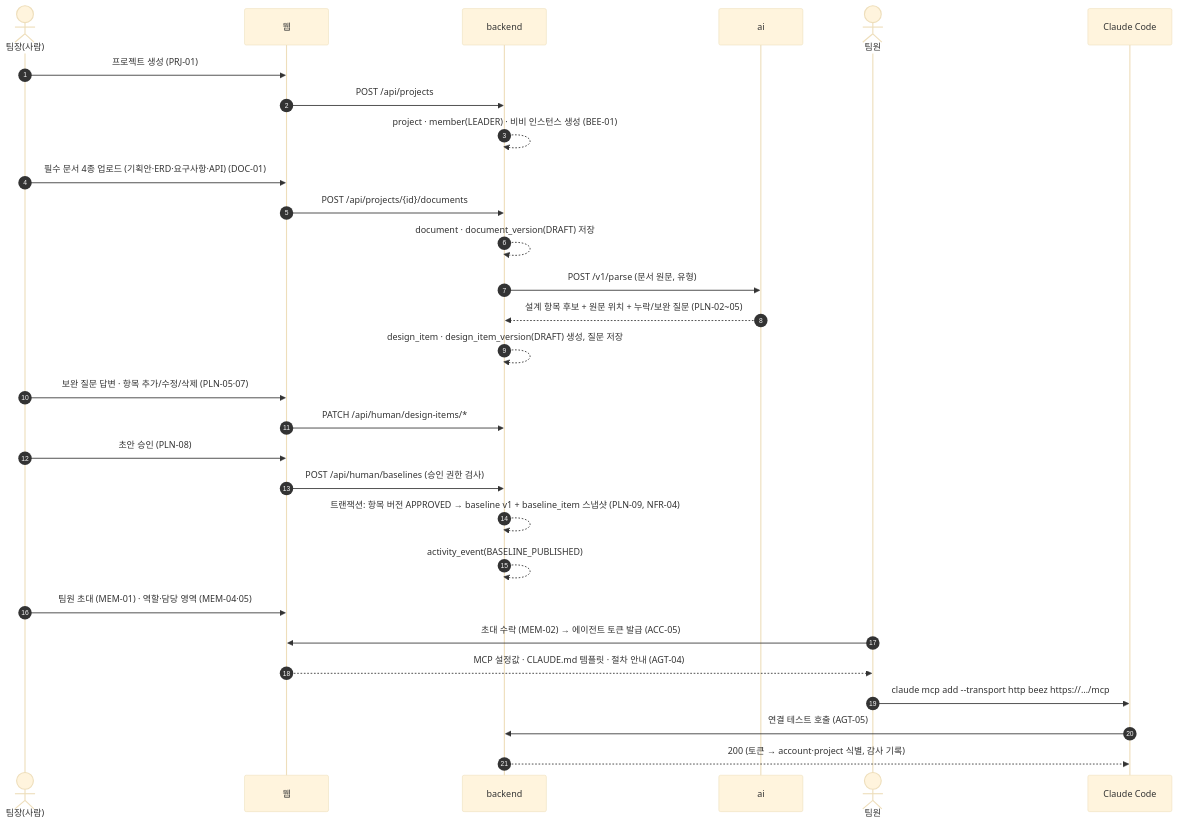
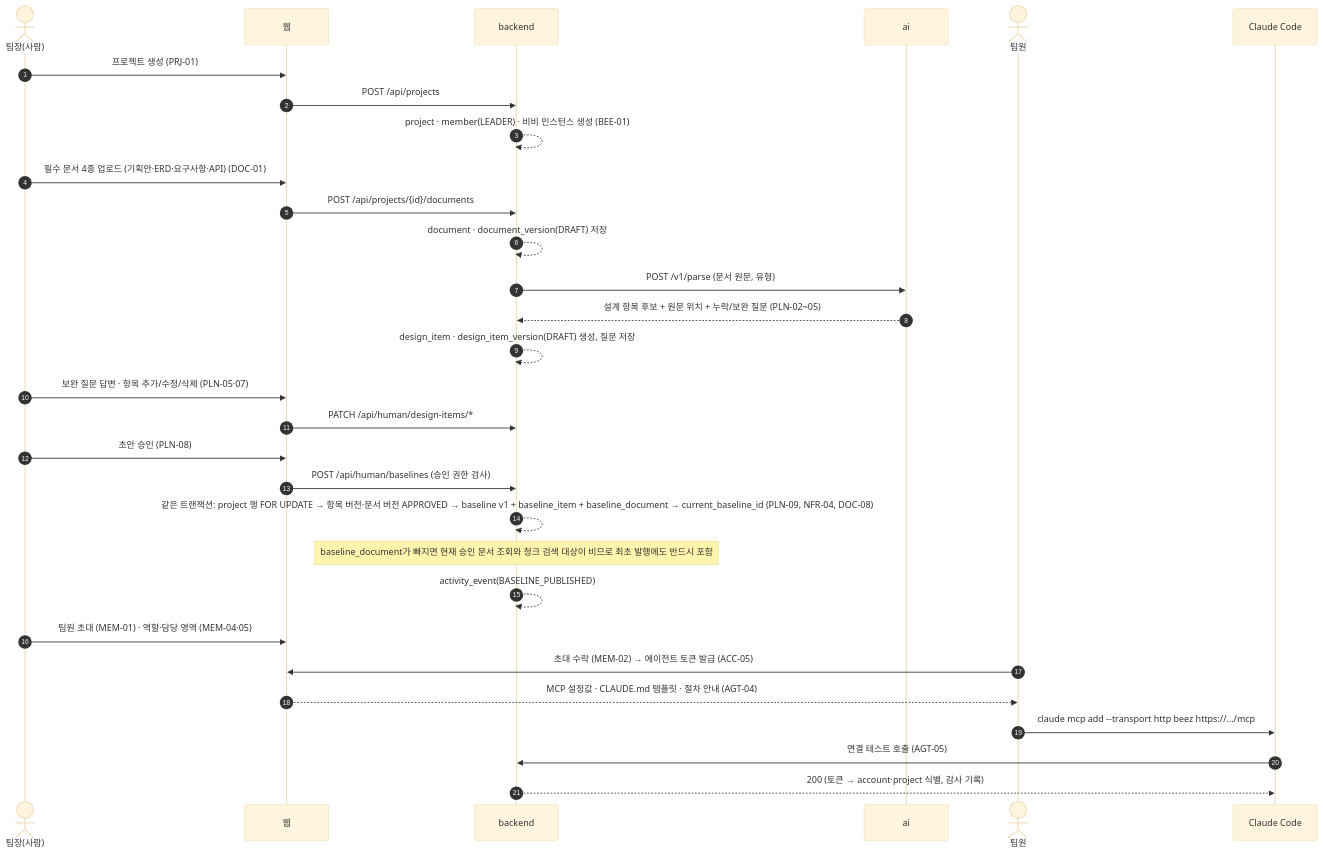
One commit to S15A108/BEEZ changed the first of 4 diagrams in docs/design/02-system-flow.md. Above: the diagram before and after it, drawn with Mermaid (base theme). The commit also changed other lines of this file and 4 other files, not shown here.

````diff
--- a/docs/design/02-system-flow.md
+++ b/docs/design/02-system-flow.md
@@ -7,32 +7,33 @@
 ```mermaid
 sequenceDiagram
   autonumber
   actor L as 팀장(사람)
   participant W as 웹
   participant B as backend
   participant A as ai
   actor M as 팀원
   participant C as Claude Code
 
   L->>W: 프로젝트 생성 (PRJ-01)
   W->>B: POST /api/projects
   B-->>B: project · member(LEADER) · 비비 인스턴스 생성 (BEE-01)
   L->>W: 필수 문서 4종 업로드 (기획안·ERD·요구사항·API) (DOC-01)
   W->>B: POST /api/projects/{id}/documents
   B-->>B: document · document_version(DRAFT) 저장
   B->>A: POST /v1/parse (문서 원문, 유형)
   A-->>B: 설계 항목 후보 + 원문 위치 + 누락/보완 질문 (PLN-02~05)
   B-->>B: design_item · design_item_version(DRAFT) 생성, 질문 저장
   L->>W: 보완 질문 답변 · 항목 추가/수정/삭제 (PLN-05·07)
   W->>B: PATCH /api/human/design-items/*
   L->>W: 초안 승인 (PLN-08)
   W->>B: POST /api/human/baselines (승인 권한 검사)
-  B-->>B: 트랜잭션: 항목 버전 APPROVED → baseline v1 + baseline_item 스냅샷 (PLN-09, NFR-04)
+  B-->>B: 같은 트랜잭션: project 행 FOR UPDATE → 항목 버전·문서 버전 APPROVED → baseline v1 + baseline_item + baseline_document → current_baseline_id (PLN-09, NFR-04, DOC-08)
+  Note over B: baseline_document가 빠지면 현재 승인 문서 조회와 청크 검색 대상이 비므로 최초 발행에도 반드시 포함
   B-->>B: activity_event(BASELINE_PUBLISHED)
   L->>W: 팀원 초대 (MEM-01) · 역할·담당 영역 (MEM-04·05)
   M->>W: 초대 수락 (MEM-02) → 에이전트 토큰 발급 (ACC-05)
   W-->>M: MCP 설정값 · CLAUDE.md 템플릿 · 절차 안내 (AGT-04)
   M->>C: claude mcp add --transport http beez https://…/mcp
   C->>B: 연결 테스트 호출 (AGT-05)
   B-->>C: 200 (토큰 → account·project 식별, 감사 기록)
 ```
````
